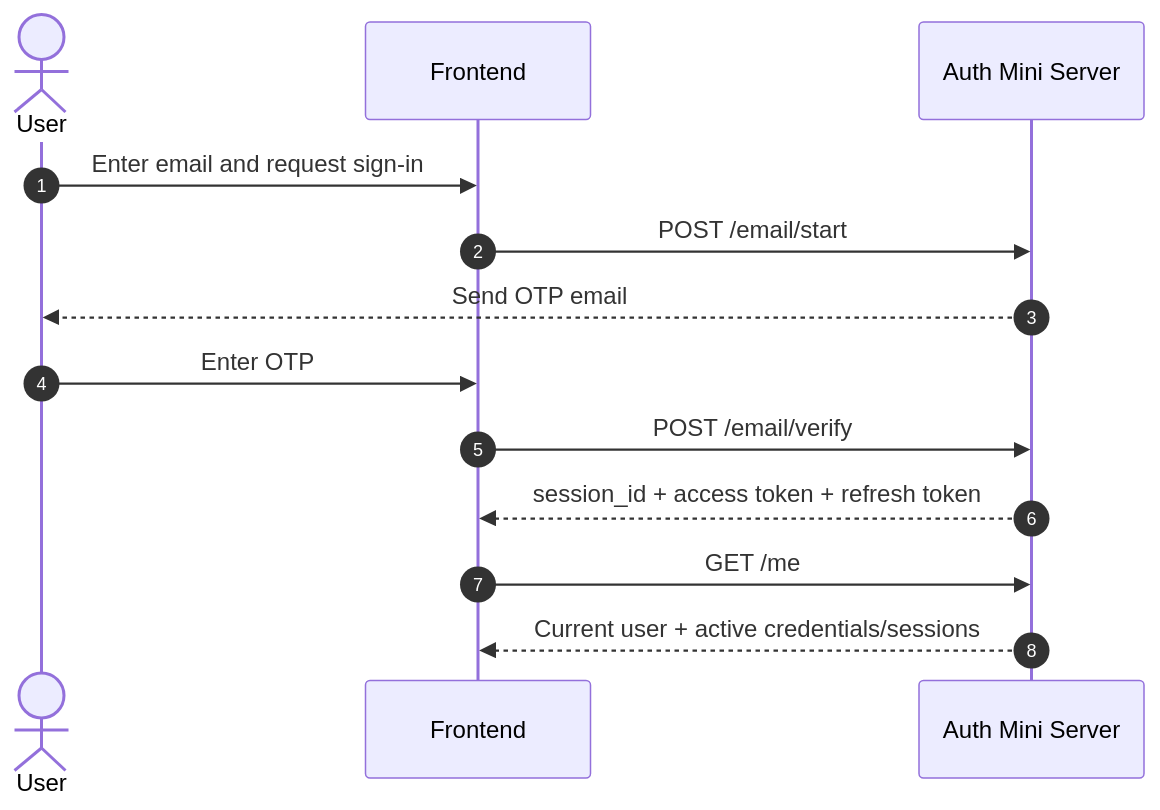
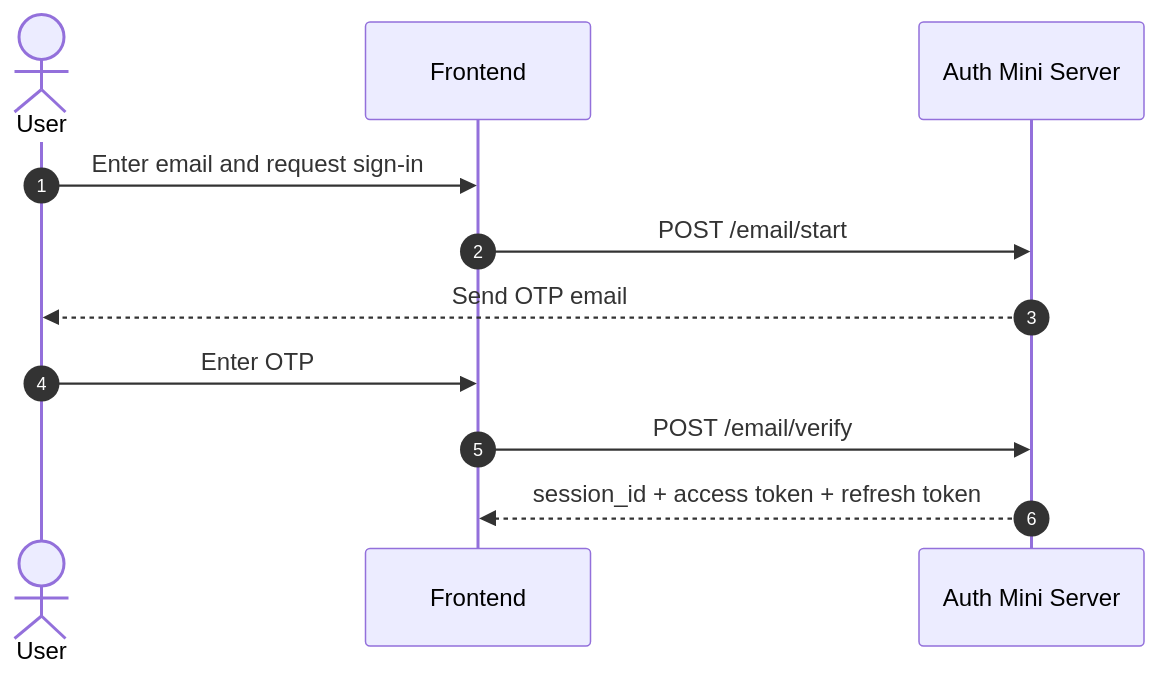
Before and after one commit to zccz14/auth-mini: the first of 4 diagrams in README.md, drawn with Mermaid. The commit also changed other lines of this file and 26 other files, not shown here.

````diff
--- a/README.md
+++ b/README.md
@@ -44,16 +44,14 @@
 ```mermaid
 sequenceDiagram
     autonumber
     actor User
     participant Frontend
     participant Auth as Auth Mini Server
 
     User->>Frontend: Enter email and request sign-in
     Frontend->>Auth: POST /email/start
     Auth-->>User: Send OTP email
     User->>Frontend: Enter OTP
     Frontend->>Auth: POST /email/verify
     Auth-->>Frontend: session_id + access token + refresh token
-    Frontend->>Auth: GET /me
-    Auth-->>Frontend: Current user + active credentials/sessions
 ```
````
